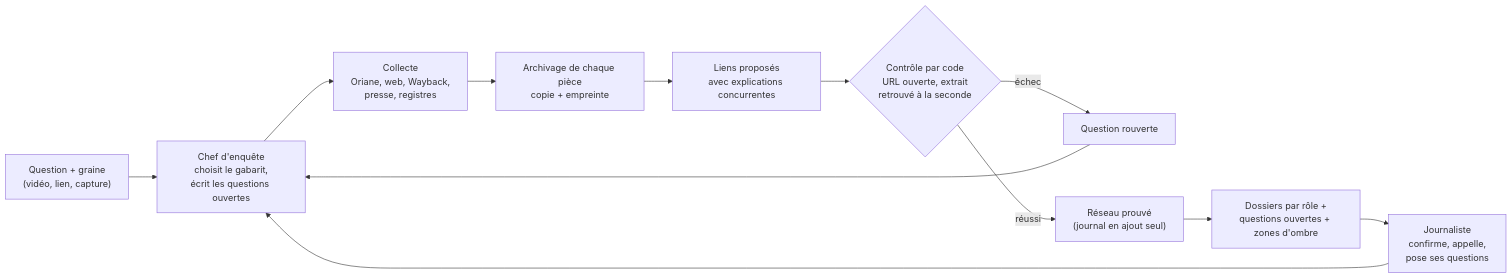
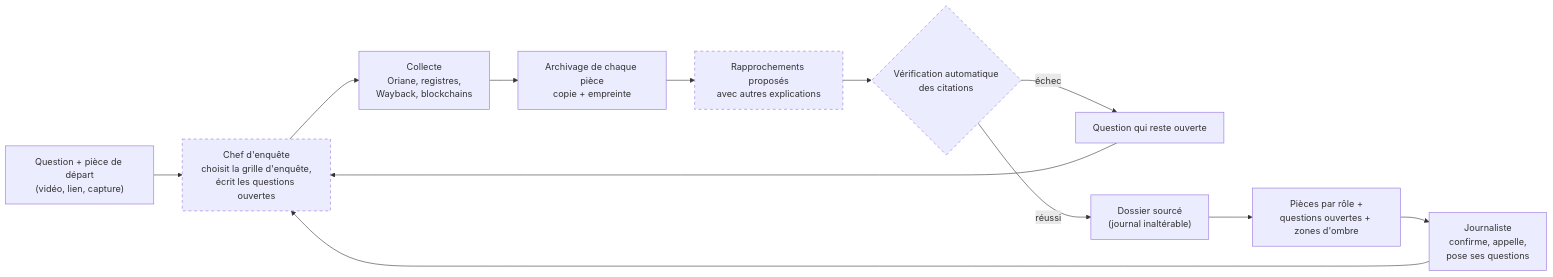
The diagram in README.md (adembnn/Winston), drawn with Mermaid before and after one commit. The commit also changed other lines of this file and 2 other files, not shown here.

Commit message:
Angles morts (docs) : README aligné sur le code, vocabulaire, éthique et droit

````diff
--- a/README.md
+++ b/README.md
@@ -49,14 +59,17 @@
 ```mermaid
 flowchart LR
-    Q["Question + graine<br/>(vidéo, lien, capture)"] --> C["Chef d'enquête<br/>choisit le gabarit,<br/>écrit les questions ouvertes"]
-    C --> COL["Collecte<br/>Oriane, web, Wayback,<br/>presse, registres"]
+    Q["Question + pièce de départ<br/>(vidéo, lien, capture)"] --> C["Chef d'enquête<br/>choisit la grille d'enquête,<br/>écrit les questions ouvertes"]
+    C --> COL["Collecte<br/>Oriane, registres,<br/>Wayback, blockchains"]
     COL --> ARC["Archivage de chaque pièce<br/>copie + empreinte"]
-    ARC --> L["Liens proposés<br/>avec explications concurrentes"]
-    L --> J{"Contrôle par code<br/>URL ouverte, extrait<br/>retrouvé à la seconde"}
-    J -- "échec" --> OUV["Question rouverte"]
-    J -- "réussi" --> R["Réseau prouvé<br/>(journal en ajout seul)"]
-    R --> DOS["Dossiers par rôle +<br/>questions ouvertes + zones d'ombre"]
+    ARC --> L["Rapprochements proposés<br/>avec autres explications"]
+    L --> J{"Vérification automatique<br/>des citations"}
+    J -- "échec" --> OUV["Question qui reste ouverte"]
+    J -- "réussi" --> R["Dossier sourcé<br/>(journal inaltérable)"]
+    R --> DOS["Pièces par rôle +<br/>questions ouvertes + zones d'ombre"]
     OUV --> C
     DOS --> JOUR["Journaliste<br/>confirme, appelle,<br/>pose ses questions"]
     JOUR --> C
+    style C stroke-dasharray: 5 5
+    style L stroke-dasharray: 5 5
+    style J stroke-dasharray: 5 5
 ```
````
